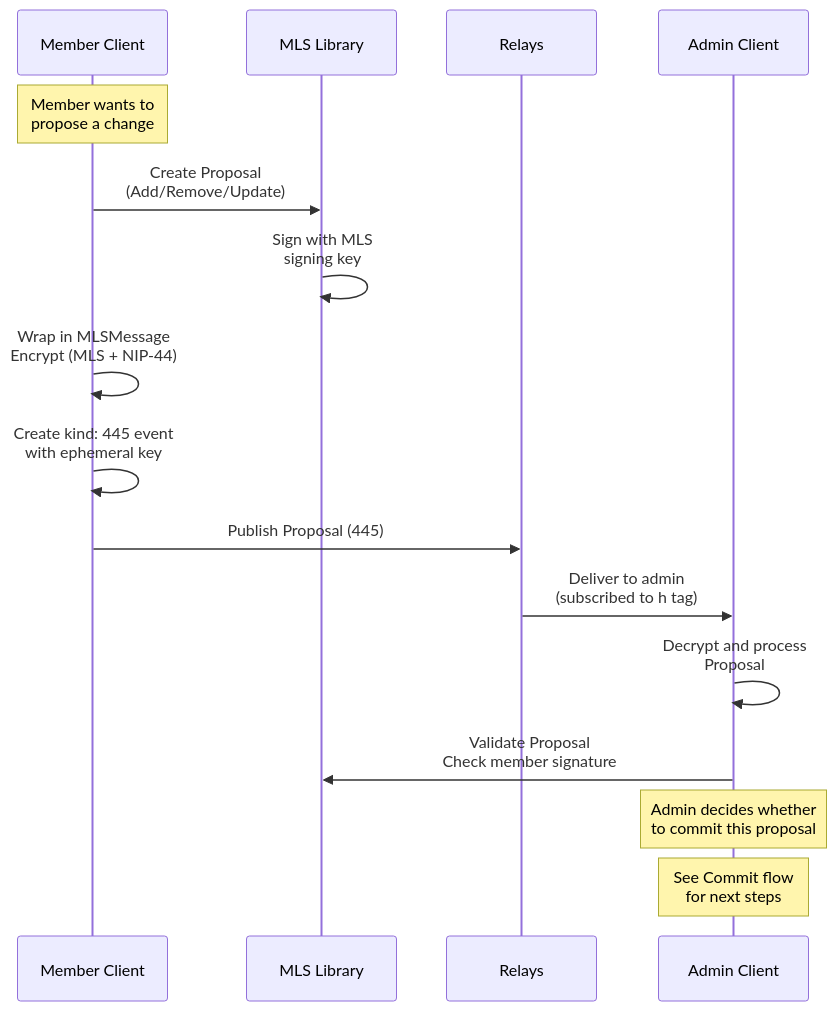
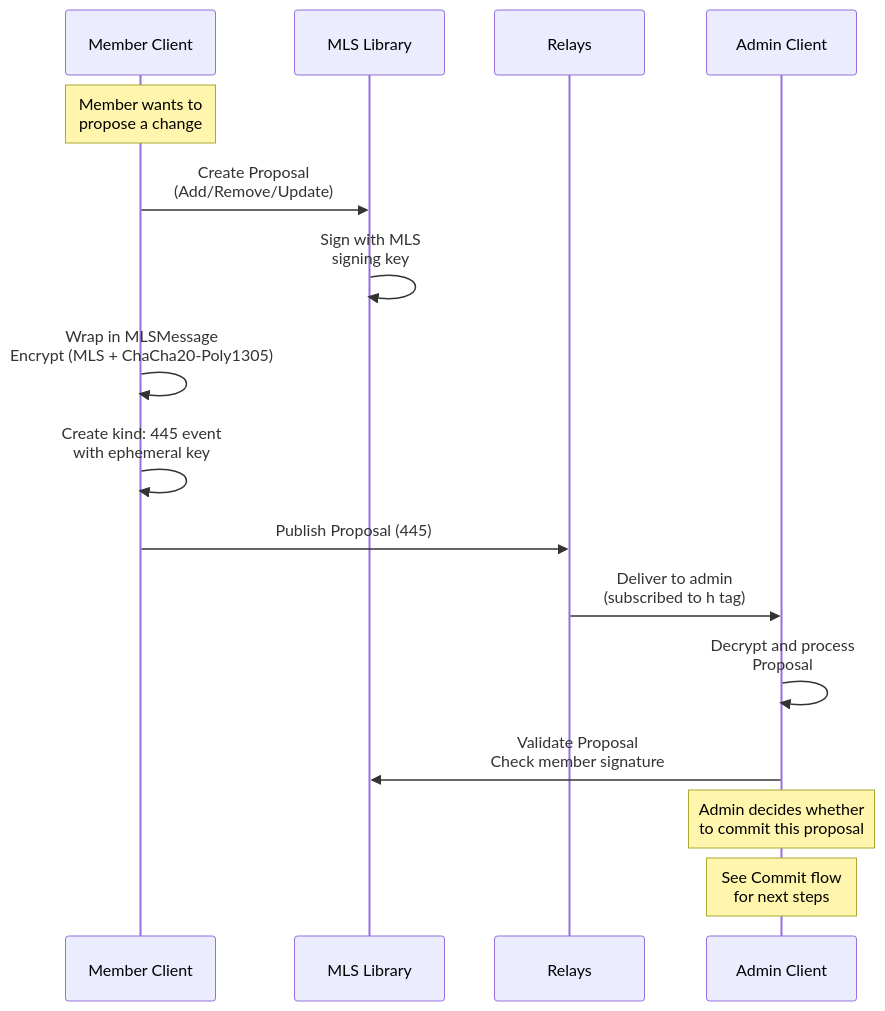
One commit to parres-hq/marmot changed the fifth of 9 diagrams in data_flows.md. Above: the diagram before and after it, drawn with Mermaid. The commit also changed other lines of this file and 4 other files, not shown here.

First line of the commit message:
docs: replace NIP-44 with ChaCha20-Poly1305 in companion docs and remove AAD from MIP-03

````diff
--- a/data_flows.md
+++ b/data_flows.md
@@ -283,29 +283,29 @@
 ```mermaid
 sequenceDiagram
     participant M as Member Client
     participant MLS as MLS Library
     participant R as Relays
     participant A as Admin Client
 
     Note over M: Member wants to<br/>propose a change
 
     M->>MLS: Create Proposal<br/>(Add/Remove/Update)
 
     MLS->>MLS: Sign with MLS<br/>signing key
 
-    M->>M: Wrap in MLSMessage<br/>Encrypt (MLS + NIP-44)
+    M->>M: Wrap in MLSMessage<br/>Encrypt (MLS + ChaCha20-Poly1305)
 
     M->>M: Create kind: 445 event<br/>with ephemeral key
 
     M->>R: Publish Proposal (445)
 
     R->>A: Deliver to admin<br/>(subscribed to h tag)
 
     A->>A: Decrypt and process<br/>Proposal
 
     A->>MLS: Validate Proposal<br/>Check member signature
 
     Note over A: Admin decides whether<br/>to commit this proposal
 
     Note over A: See Commit flow<br/>for next steps
 ```
````
